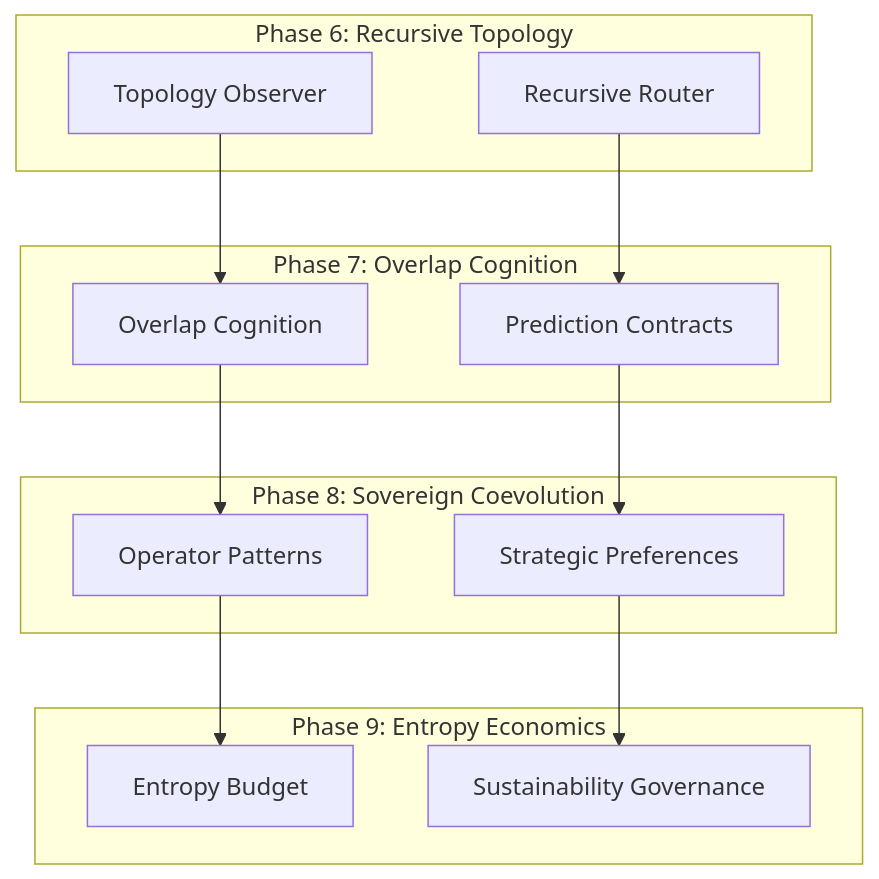
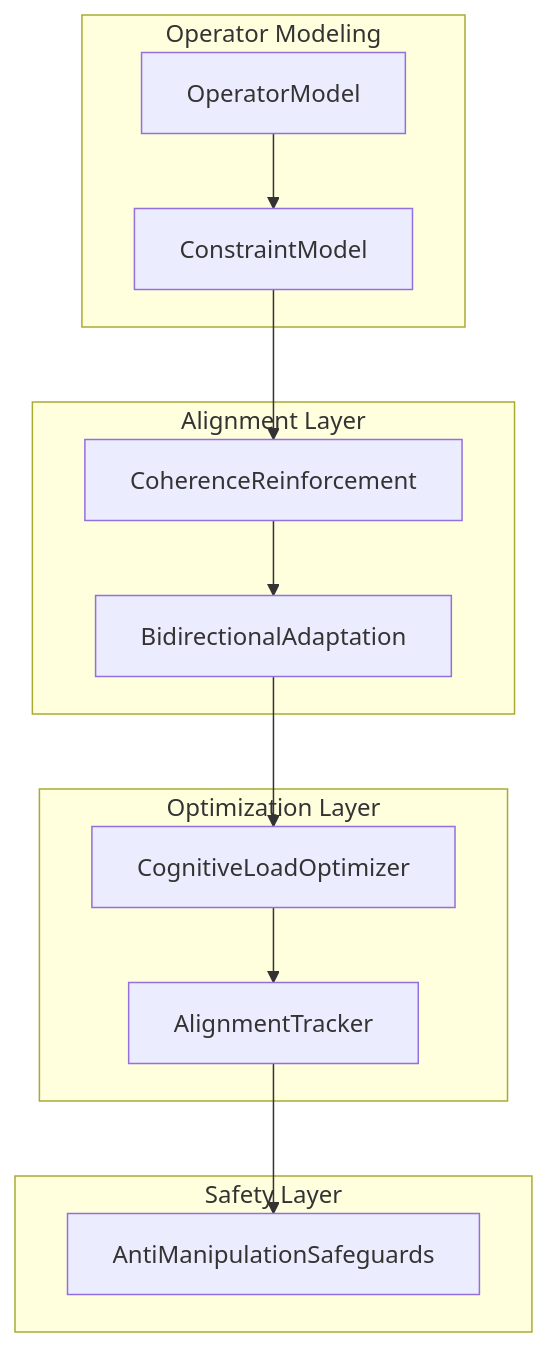
One commit to dabiggestpoppa/larger-lab changed the ninth of 10 diagrams in system-arch/03-srra-topology.md. Above: the diagram before and after it, drawn with Mermaid. The commit also changed other lines of this file and 2 other files, not shown here.

First line of the commit message:
Update architecture docs: Phase 7 Multi-Scale Cognitive Fields complete, Phase 8 ready

````diff
--- a/system-arch/03-srra-topology.md
+++ b/system-arch/03-srra-topology.md
@@ -199,29 +273,28 @@
 ```mermaid
-graph TD
-    subgraph "Phase 6: Recursive Topology"
-        RT[Topology Observer]
-        RTR[Recursive Router]
+graph TB
+    subgraph "Operator Modeling"
+        OM[OperatorModel]
+        CM[ConstraintModel]
     end
 
-    subgraph "Phase 7: Overlap Cognition"
-        OC[Overlap Cognition]
-        PC[Prediction Contracts]
+    subgraph "Alignment Layer"
+        CR[CoherenceReinforcement]
+        BA[BidirectionalAdaptation]
     end
 
-    subgraph "Phase 8: Sovereign Coevolution"
-        SC[Operator Patterns]
-        SP[Strategic Preferences]
+    subgraph "Optimization Layer"
+        CLO[CognitiveLoadOptimizer]
+        AT[AlignmentTracker]
     end
 
-    subgraph "Phase 9: Entropy Economics"
-        EB[Entropy Budget]
-        SG[Sustainability Governance]
+    subgraph "Safety Layer"
+        AMS[AntiManipulationSafeguards]
     end
 
-    RT --> OC
-    OC --> SC
-    SC --> EB
-    RTR --> PC
-    PC --> SP
-    SP --> SG
+    OM --> CM
+    CM --> CR
+    CR --> BA
+    BA --> CLO
+    CLO --> AT
+    AT --> AMS
 ```
````
